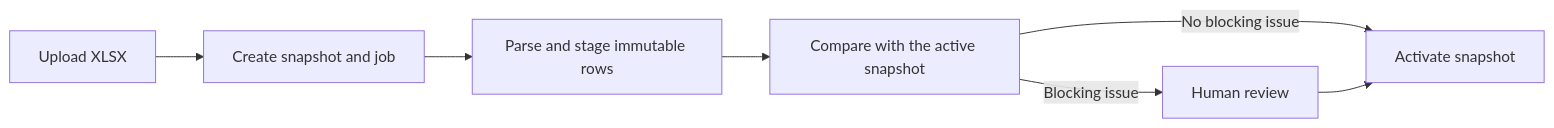
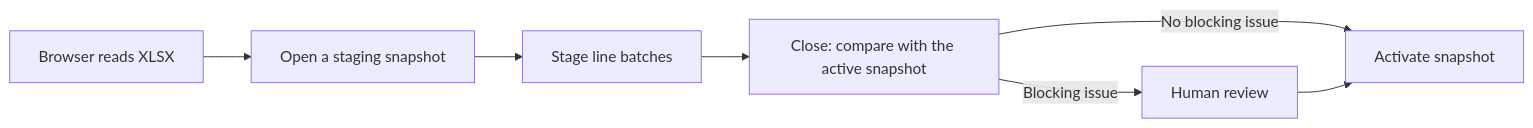
The diagram in docs/merchant-stats.md (risinghq/culqi360), drawn with Mermaid before and after one commit. The commit also changed other lines of this file and 44 other files, not shown here.

First line of the commit message:
merchant-stats: stage GPV imports in browser batches

````diff
--- a/docs/merchant-stats.md
+++ b/docs/merchant-stats.md
@@ -14,9 +14,9 @@
 ```mermaid
 flowchart LR
-    Upload[Upload XLSX] --> Queue[Create snapshot and job]
-    Queue --> Stage[Parse and stage immutable rows]
-    Stage --> Validate[Compare with the active snapshot]
-    Validate -->|No blocking issue| Activate[Activate snapshot]
-    Validate -->|Blocking issue| Review[Human review]
+    Read[Browser reads XLSX] --> Open[Open a staging snapshot]
+    Open --> Stage[Stage line batches]
+    Stage --> Close[Close: compare with the active snapshot]
+    Close -->|No blocking issue| Activate[Activate snapshot]
+    Close -->|Blocking issue| Review[Human review]
     Review --> Activate
 ```
````
